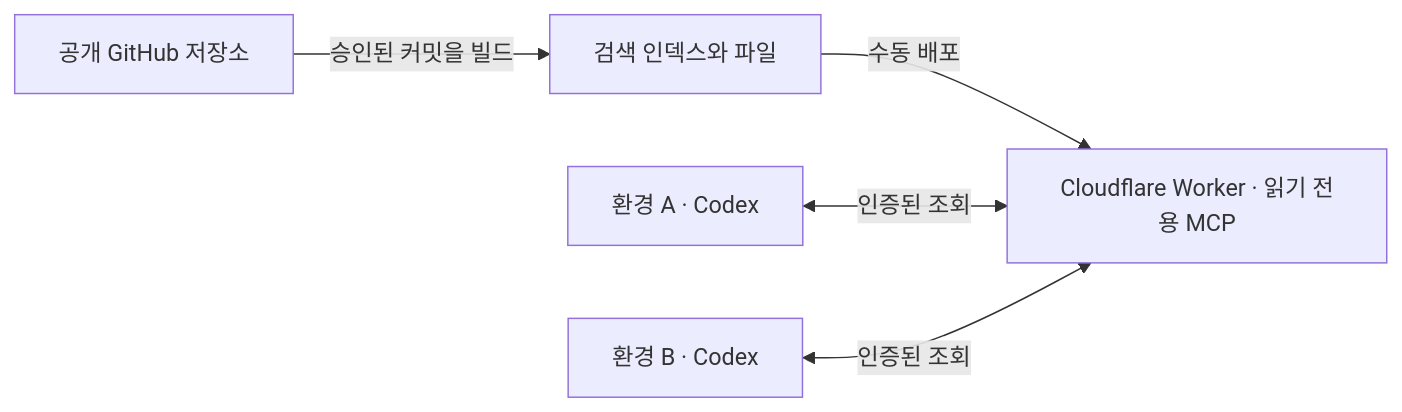
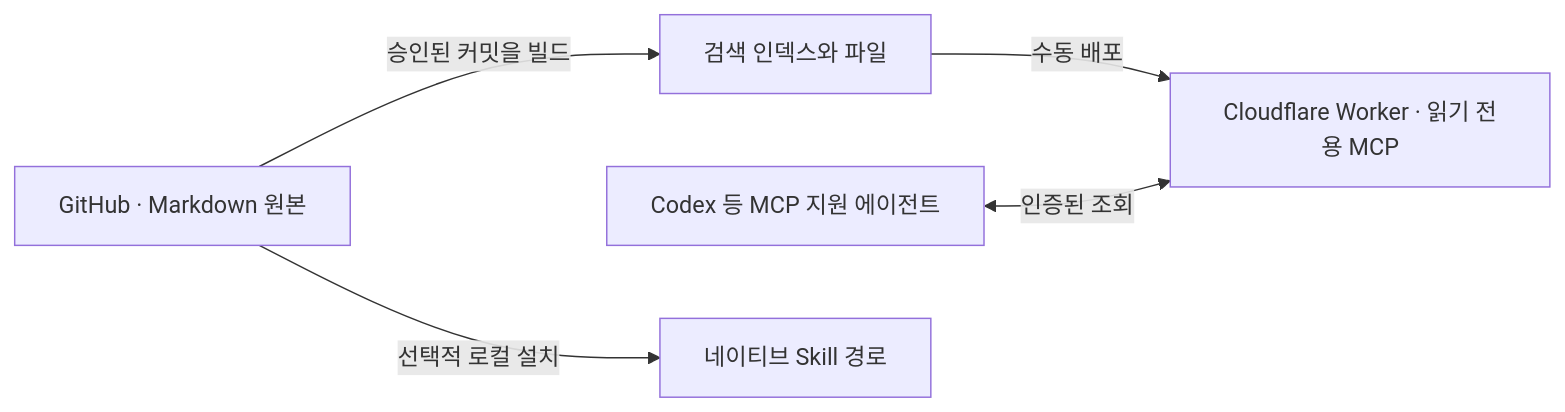
Before and after one commit to SEONGMINY/my-context: the diagram in README.md, drawn with Mermaid. The commit also changed other lines of this file and 4 other files, not shown here.

First line of the commit message:
feat: support MCP-first workflow use with optional local skill installation

````diff
--- a/README.md
+++ b/README.md
@@ -65,7 +93,7 @@
 ```mermaid
 flowchart LR
-    git["공개 GitHub 저장소"] -->|"승인된 커밋을 빌드"| bundle["검색 인덱스와 파일"]
+    git["GitHub · Markdown 원본"] -->|"승인된 커밋을 빌드"| bundle["검색 인덱스와 파일"]
     bundle -->|"수동 배포"| worker["Cloudflare Worker · 읽기 전용 MCP"]
-    envA["환경 A · Codex"] <-->|"인증된 조회"| worker
-    envB["환경 B · Codex"] <-->|"인증된 조회"| worker
+    client["Codex 등 MCP 지원 에이전트"] <-->|"인증된 조회"| worker
+    git -->|"선택적 로컬 설치"| installed["네이티브 Skill 경로"]
 ```
````
